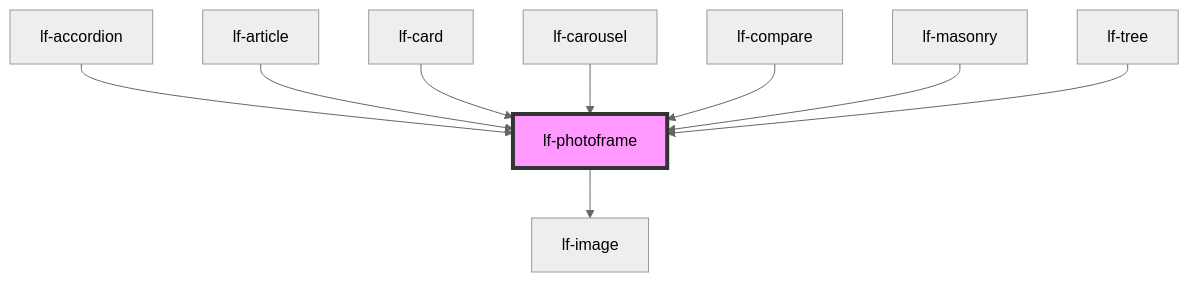
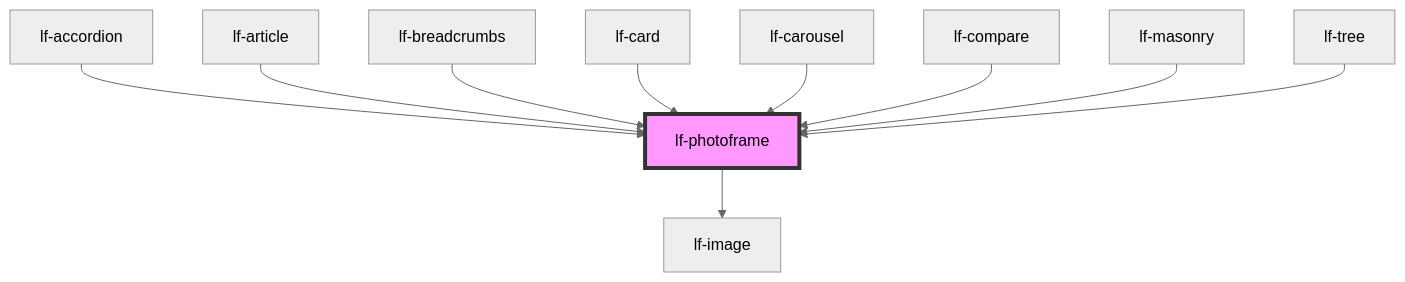
The diagram in packages/core/src/components/lf-photoframe/readme.md (lucafoscili/lf-widgets), drawn with Mermaid (neutral theme) before and after one commit. The commit also changed other lines of this file and 17 other files, not shown here.

````diff
--- a/packages/core/src/components/lf-photoframe/readme.md
+++ b/packages/core/src/components/lf-photoframe/readme.md
@@ -111,12 +112,13 @@
 ```mermaid
 graph TD;
   lf-photoframe --> lf-image
   lf-accordion --> lf-photoframe
   lf-article --> lf-photoframe
+  lf-breadcrumbs --> lf-photoframe
   lf-card --> lf-photoframe
   lf-carousel --> lf-photoframe
   lf-compare --> lf-photoframe
   lf-masonry --> lf-photoframe
   lf-tree --> lf-photoframe
   style lf-photoframe fill:#f9f,stroke:#333,stroke-width:4px
 ```
````
